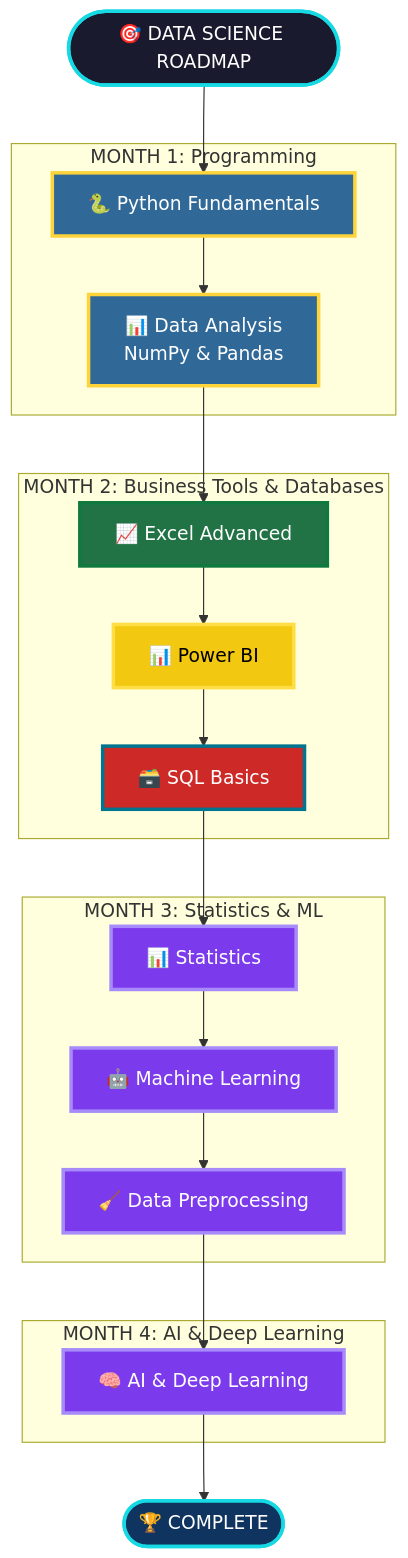
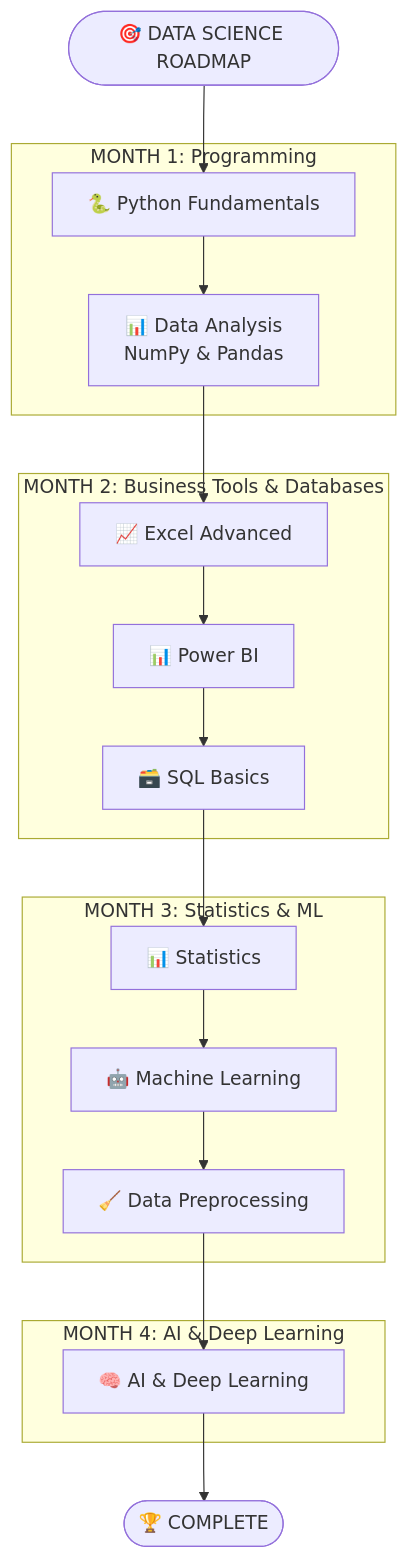
The first of 2 diagrams in README.md (riyann00b/SDHub-DS), drawn with Mermaid before and after one commit. The commit also changed other lines of this file and 1 other file, not shown here.

````diff
--- a/README.md
+++ b/README.md
@@ -75,62 +73,40 @@
 ```mermaid
 flowchart TD
     Start([🎯 DATA SCIENCE ROADMAP])
 
     %% --- MONTH 1 ---
     subgraph M1["MONTH 1: Programming"]
         A[🐍 Python Fundamentals]
         B[📊 Data Analysis<br/>NumPy & Pandas]
         A --> B
     end
 
     %% --- MONTH 2 ---
     subgraph M2["MONTH 2: Business Tools & Databases"]
         C[📈 Excel Advanced]
         D[📊 Power BI]
         E[🗃️ SQL Basics]
         C --> D
         D --> E
     end
 
     %% --- MONTH 3 ---
     subgraph M3["MONTH 3: Statistics & ML"]
         F[📊 Statistics]
         G[🤖 Machine Learning]
         H[🧹 Data Preprocessing]
         F --> G --> H
     end
 
     %% --- MONTH 4 ---
     subgraph M4["MONTH 4: AI & Deep Learning"]
         I[🧠 AI & Deep Learning]
     end
 
     %% FLOW
     Start --> A
     B --> C
     E --> F
     H --> I
     I --> End([🏆 COMPLETE])
-
-    %% Brand Colors
-    style Start fill:#1a1a2e,stroke:#16d9e3,stroke-width:3px,color:#ffffff
-    style End fill:#0f3460,stroke:#16d9e3,stroke-width:3px,color:#ffffff
-
-    %% Python - Blue/Yellow
-    style A fill:#306998,stroke:#ffd43b,stroke-width:3px,color:#ffffff
-    style B fill:#306998,stroke:#ffd43b,stroke-width:3px,color:#ffffff
-
-    %% Excel - Green
-    style C fill:#217346,stroke:#10793f,stroke-width:3px,color:#ffffff
-
-    %% Power BI - Yellow
-    style D fill:#f2c811,stroke:#ffdd44,stroke-width:3px,color:#000000
-
-    %% SQL - Red/Blue
-    style E fill:#cc2927,stroke:#00758f,stroke-width:3px,color:#ffffff
-
-    %% AI/ML - Purple Theme
-    classDef aiml fill:#7c3aed,stroke:#a78bfa,stroke-width:3px,color:#ffffff
-    class F,G,H,I aiml
-
 ```
````
